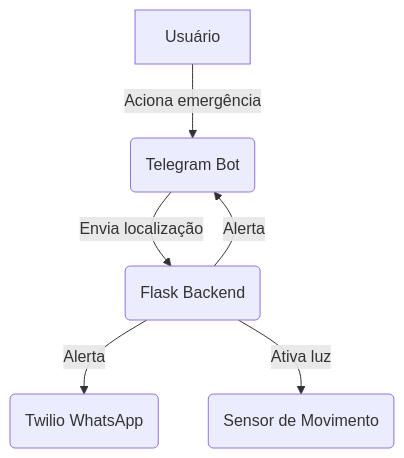
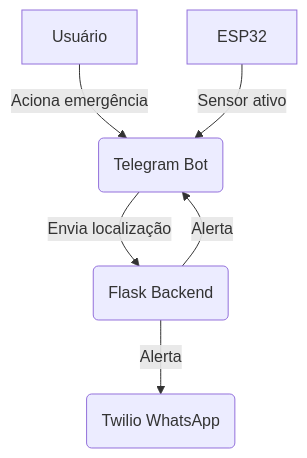
One commit to Th4yss4/iot-security changed the diagram in README.md. Above: the diagram before and after it, drawn with Mermaid.

````diff
--- a/README.md
+++ b/README.md
@@ -111,8 +111,8 @@
 ```mermaid
 graph TD;
     User[Usuário] -->|Aciona emergência| Telegram(App Mobile)
     Telegram -->|Envia localização| Backend(Flask Backend)
     Backend -->|Alerta| WhatsApp(Twilio WhatsApp)
     Backend -->|Alerta| Telegram(Telegram Bot)
-    Backend -->|Ativa luz| ESP32(Sensor de Movimento)
+    ESP32 -->|Sensor ativo| Telegram(Telegram Bot)
 ```
````
